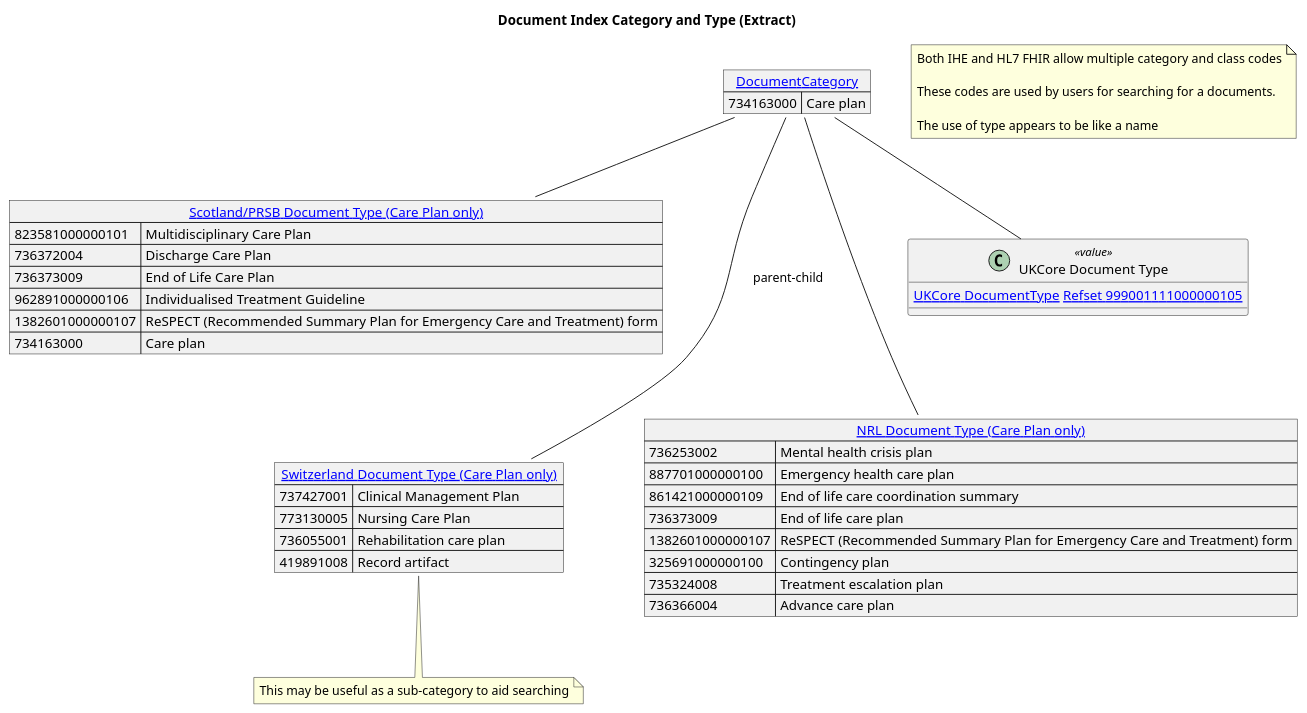
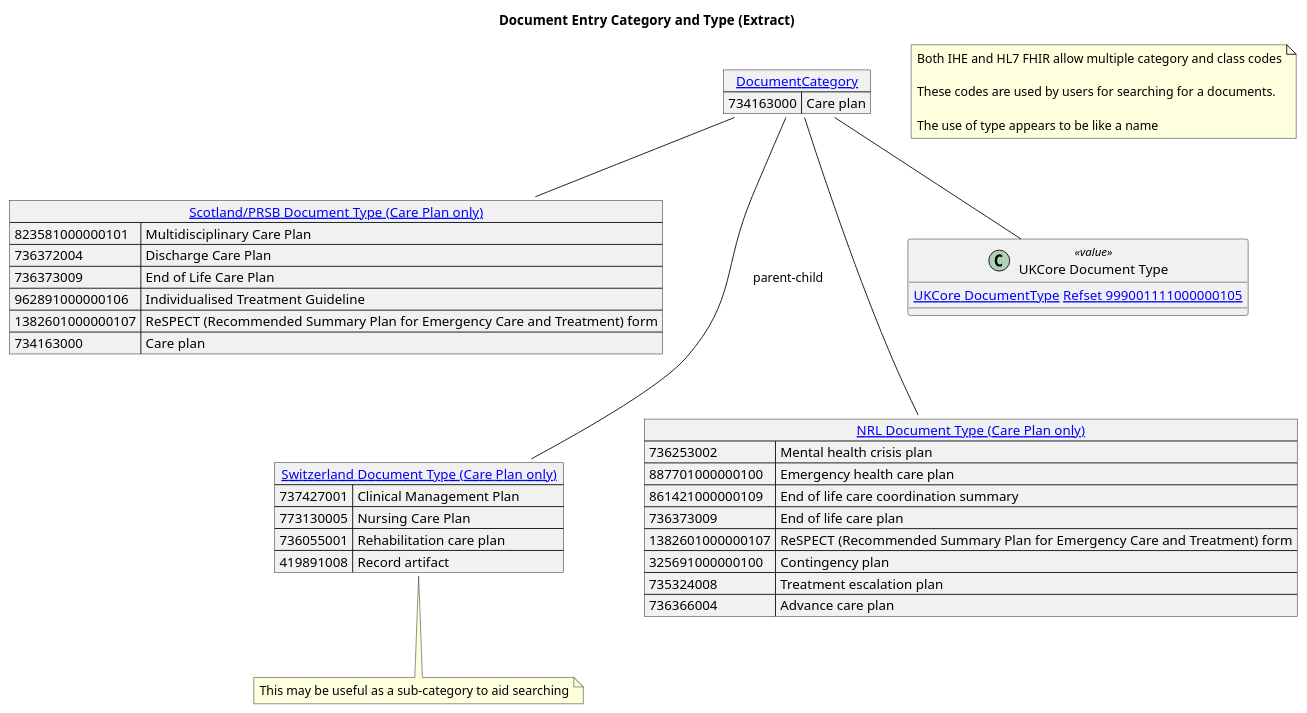
One commit to NHSDigital/national-imaging-repository-specification changed the diagram in input/images-source/datamodel-document-metadata-code-relationships.plantuml. Above: the diagram before and after it, drawn with PlantUML. The commit also changed 8 other files, not shown here.

```diff
--- a/input/images-source/datamodel-document-metadata-code-relationships.plantuml
+++ b/input/images-source/datamodel-document-metadata-code-relationships.plantuml
@@ -1,60 +1,60 @@
 @startuml
 
 skinparam svgDimensionStyle false
 
-title "Document Index Category and Type (Extract)"
+title "Document Entry Category and Type (Extract)"
 
 
 
 note "Both IHE and HL7 FHIR allow multiple category and class codes\n\nThese codes are used by users for searching for a documents.\n\nThe use of type appears to be like a name" as N1
 
-json "[[ValueSet-document-index-class.html DocumentCategory]]" as Category {
+json "[[ValueSet-document-entry-class.html DocumentCategory]]" as Category {
   "734163000":"Care plan"
 }
 
 
 json "[[https://fhir.ch/ig/ch-term/3.0.0/ValueSet-DocumentEntry.typeCode.html Switzerland Document Type (Care Plan only)]]" as Type {
   "737427001":"Clinical Management Plan",
   "773130005":"Nursing Care Plan",
   "736055001":"Rehabilitation care plan",
   "419891008":"Record artifact"
 }
 
 note "This may be useful as a sub-category to aid searching" as N2
 
 N2 .u. Type
 
 
-json "[[ValueSet-nrl.document-index-type.html NRL Document Type (Care Plan only)]]" as Composition {
+json "[[ValueSet-nrl.document-entry-type.html NRL Document Type (Care Plan only)]]" as Composition {
  "736253002":"Mental health crisis plan",
  "887701000000100":"Emergency health care plan",
  "861421000000109":"End of life care coordination summary",
  "736373009":"End of life care plan",
  "1382601000000107" :"ReSPECT (Recommended Summary Plan for \nEmergency Care and Treatment) form",
  "325691000000100":"Contingency plan",
  "735324008":"Treatment escalation plan",
  "736366004":"Advance care plan"
 }
 
-json "[[ValueSet-scotland.document-index-type.html Scotland/PRSB Document Type (Care Plan only)]]" as Scotland {
+json "[[ValueSet-scotland.document-entry-type.html Scotland/PRSB Document Type (Care Plan only)]]" as Scotland {
  "823581000000101":"Multidisciplinary Care Plan",
  "736372004":"Discharge Care Plan",
  "736373009":"End of Life Care Plan",
  "962891000000106":"Individualised Treatment Guideline",
  "1382601000000107":"ReSPECT (Recommended Summary Plan for \nEmergency Care and Treatment) form",
  "734163000":"Care plan"
 }
 
 class "UKCore Document Type" as UKCoreDocumentType <<value>> {
   [[https://simplifier.net/HL7FHIRUKCoreR4/ValueSet-UKCore-DocumentType UKCore DocumentType]] [[https://termbrowser.nhs.uk/?perspective=full&conceptId1=999001111000000105&edition=uk-edition&release=v20240731&server=https://termbrowser.nhs.uk/sct-browser-api/snomed&langRefset=999001261000000100,999000691000001104 Refset 999001111000000105]]
 }
 
 
 Category -- Type : parent-child
 Category -- Composition
 Category -- Scotland
 Category -- UKCoreDocumentType
 
 Scotland -d[hidden]- Type
 UKCoreDocumentType -d[hidden]- Composition
 @enduml
```
